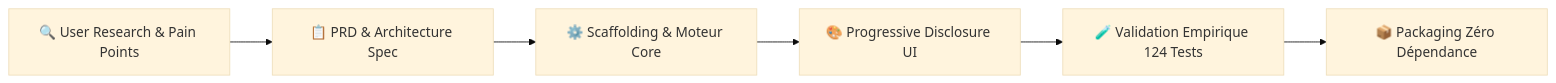
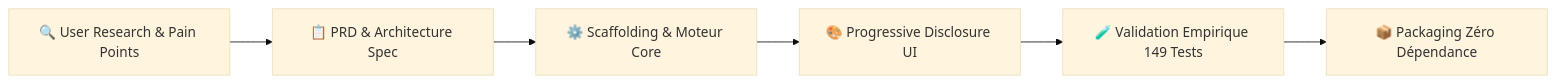
The diagram in README.md (LyesHarrar/LocalScribe), drawn with Mermaid (base theme) before and after one commit. The commit also changed other lines of this file and 3 other files, not shown here.

````diff
--- a/README.md
+++ b/README.md
@@ -101,8 +101,8 @@
 ```mermaid
 flowchart LR
     A[🔍 User Research & Pain Points] --> B[📋 PRD & Architecture Spec]
     B --> C[⚙️ Scaffolding & Moteur Core]
     C --> D[🎨 Progressive Disclosure UI]
-    D --> E[🧪 Validation Empirique 124 Tests]
+    D --> E[🧪 Validation Empirique 149 Tests]
     E --> F[📦 Packaging Zéro Dépendance]
 ```
````
